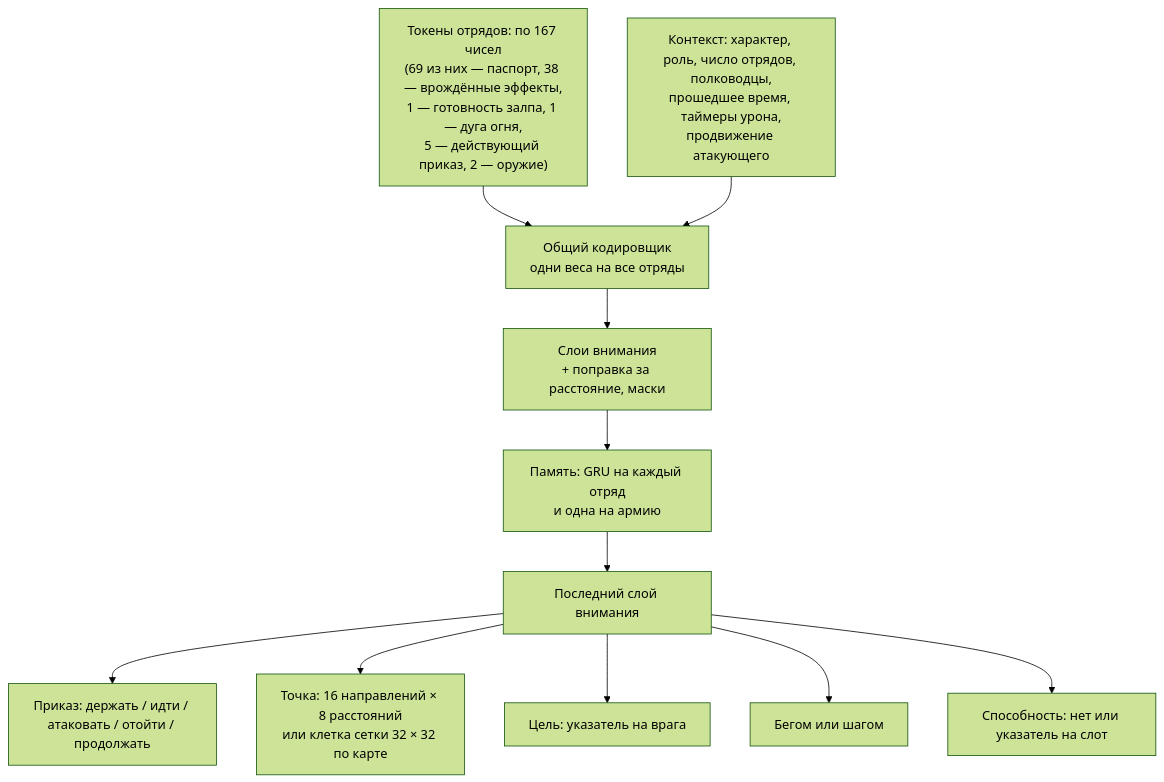
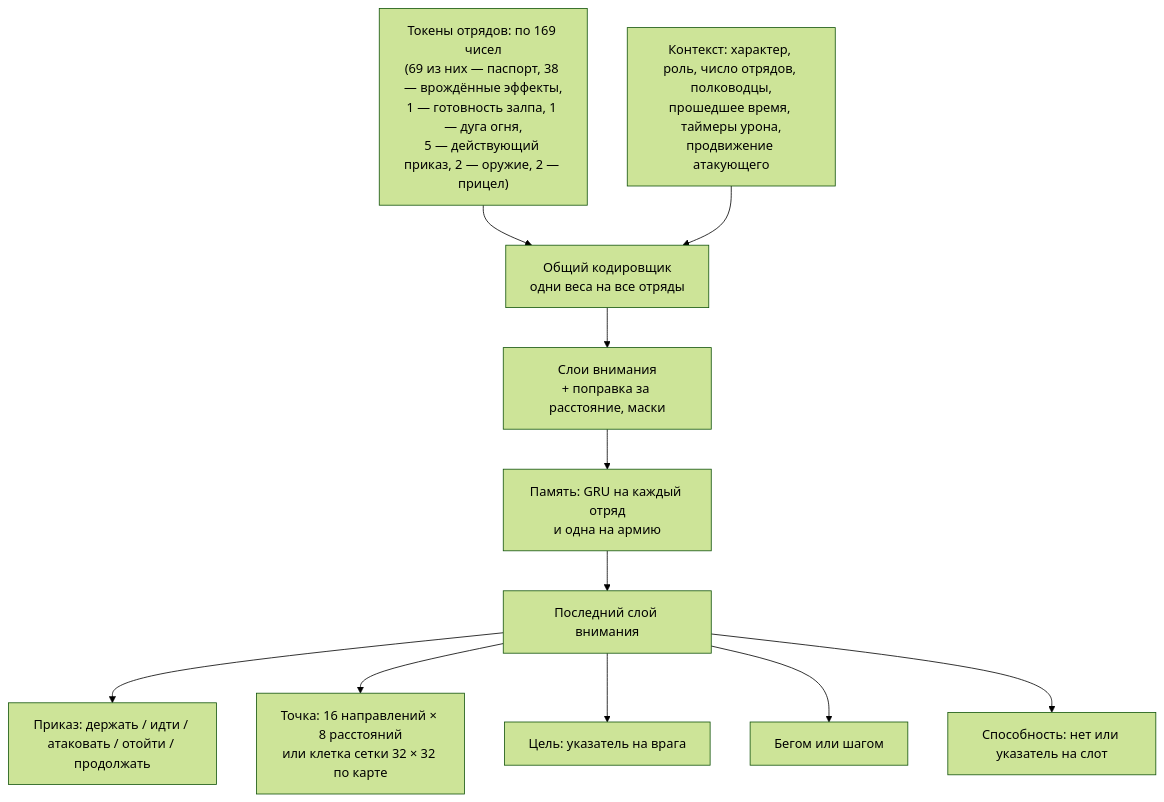
The second of 3 diagrams in docs/ru/training/model.md (DimaZero7/TWW3-batle-ai), drawn with Mermaid (forest theme) before and after one commit. The commit also changed other lines of this file and 22 other files, not shown here.

````diff
--- a/docs/ru/training/model.md
+++ b/docs/ru/training/model.md
@@ -276,13 +296,13 @@
 ```mermaid
 flowchart TB
-  tok["Токены отрядов: по 167 чисел<br/>(69 из них — паспорт, 38 — врождённые эффекты,<br/>1 — готовность залпа, 1 — дуга огня,<br/>5 — действующий приказ, 2 — оружие)"] --> enc["Общий кодировщик<br/>одни веса на все отряды"]
+  tok["Токены отрядов: по 169 чисел<br/>(69 из них — паспорт, 38 — врождённые эффекты,<br/>1 — готовность залпа, 1 — дуга огня,<br/>5 — действующий приказ, 2 — оружие, 2 — прицел)"] --> enc["Общий кодировщик<br/>одни веса на все отряды"]
   ctx["Контекст: характер, роль, число отрядов, полководцы,<br/>прошедшее время, таймеры урона,<br/>продвижение атакующего"] --> enc
   enc --> att["Слои внимания<br/>+ поправка за расстояние, маски"]
   att --> gru["Память: GRU на каждый отряд<br/>и одна на армию"]
   gru --> last["Последний слой внимания"]
   last --> kind["Приказ: держать / идти / атаковать / отойти / продолжать"]
   last --> point["Точка: 16 направлений × 8 расстояний<br/>или клетка сетки 32 × 32 по карте"]
   last --> ptr["Цель: указатель на врага"]
   last --> run["Бегом или шагом"]
   last --> abil["Способность: нет или указатель на слот"]
 ```
````
